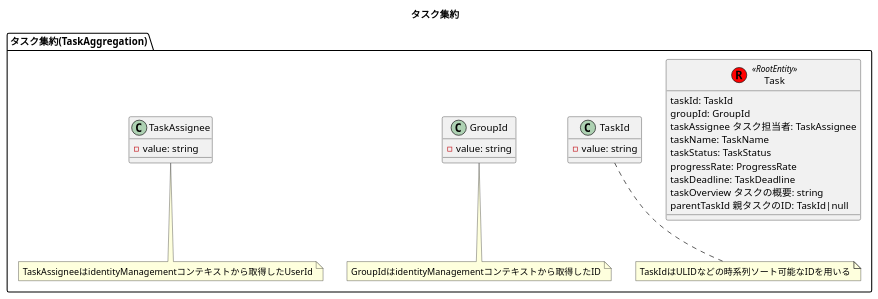
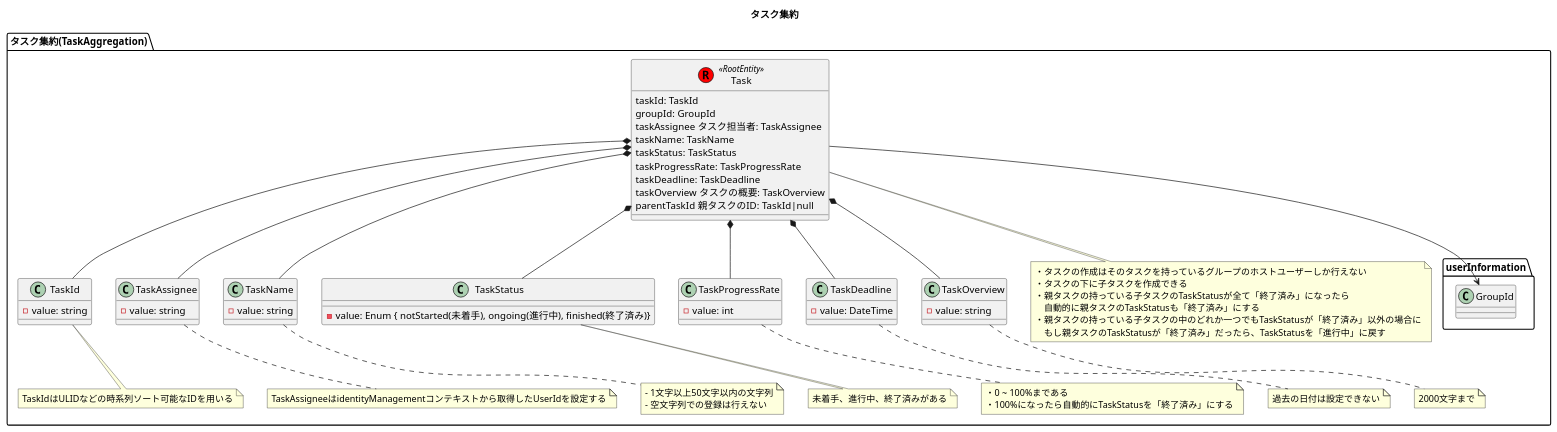
Before and after one commit to h-maki2/taskManagement: the diagram in modelingDiagram/domainModelDiagram/タスク.pu, drawn with PlantUML. The commit also changed 1 other file, not shown here.

Commit message:
ドメインモデル図を修正

```diff
--- a/modelingDiagram/domainModelDiagram/タスク.pu
+++ b/modelingDiagram/domainModelDiagram/タスク.pu
@@ -1,45 +1,95 @@
 @startuml タスク集約
 
 title タスク集約
 
 package "タスク集約(TaskAggregation)" {
     class Task << (R,red) RootEntity >> {
         taskId: TaskId
         groupId: GroupId
         taskAssignee タスク担当者: TaskAssignee
         taskName: TaskName
         taskStatus: TaskStatus
-        progressRate: ProgressRate
+        taskProgressRate: TaskProgressRate
         taskDeadline: TaskDeadline
-        taskOverview タスクの概要: string
+        taskOverview タスクの概要: TaskOverview
         parentTaskId 親タスクのID: TaskId|null
     }
 
     class TaskId {
         - value: string
     }
 
-    class GroupId {
-        - value: string
-    }
-
     class TaskAssignee {
         - value: string
     }
 
-    
+    class TaskName {
+        -value: string
+    }
+
+    class TaskStatus {
+        - value: Enum { notStarted(未着手), ongoing(進行中), finished(終了済み)}
+    }
+
+    class TaskProgressRate {
+        - value: int
+    }
+
+    class TaskDeadline {
+        - value: DateTime
+    }
+
+    class TaskOverview {
+        - value: string
+    }
+
+    note bottom of Task
+        ・タスクの作成はそのタスクを持っているグループのホストユーザーしか行えない
+        ・タスクの下に子タスクを作成できる
+        ・親タスクの持っている子タスクのTaskStatusが全て「終了済み」になったら
+        　自動的に親タスクのTaskStatusも「終了済み」にする
+        ・親タスクの持っている子タスクの中のどれか一つでもTaskStatusが「終了済み」以外の場合に
+        　もし親タスクのTaskStatusが「終了済み」だったら、TaskStatusを「進行中」に戻す
+    end note
 
     note bottom of TaskId
         TaskIdはULIDなどの時系列ソート可能なIDを用いる
     end note
 
-    note bottom of GroupId
-        GroupIdはidentityManagementコンテキストから取得したID
+    note bottom of TaskAssignee
+        TaskAssigneeはidentityManagementコンテキストから取得したUserIdを設定する
     end note
 
-    note bottom of TaskAssignee
-        TaskAssigneeはidentityManagementコンテキストから取得したUserId
+    note bottom of TaskName
+        - 1文字以上50文字以内の文字列
+        - 空文字列での登録は行えない
     end note
+
+    note bottom of TaskStatus
+        未着手、進行中、終了済みがある
+    end note
+
+    note bottom of TaskProgressRate
+        ・0 ~ 100%まである
+        ・100%になったら自動的にTaskStatusを「終了済み」にする
+    end note
+
+    note bottom of TaskDeadline
+        過去の日付は設定できない
+    end note
+
+    note bottom of TaskOverview
+        2000文字まで
+    end note
+
+    Task *-down- TaskId
+    Task -down-> userInformation.GroupId
+    Task *-down- TaskAssignee
+    Task *-down- TaskName
+    Task *-down- TaskStatus
+    Task *-down- TaskProgressRate
+    Task *-down- TaskDeadline
+    Task *-down- TaskOverview
 }
 
 @enduml
```
